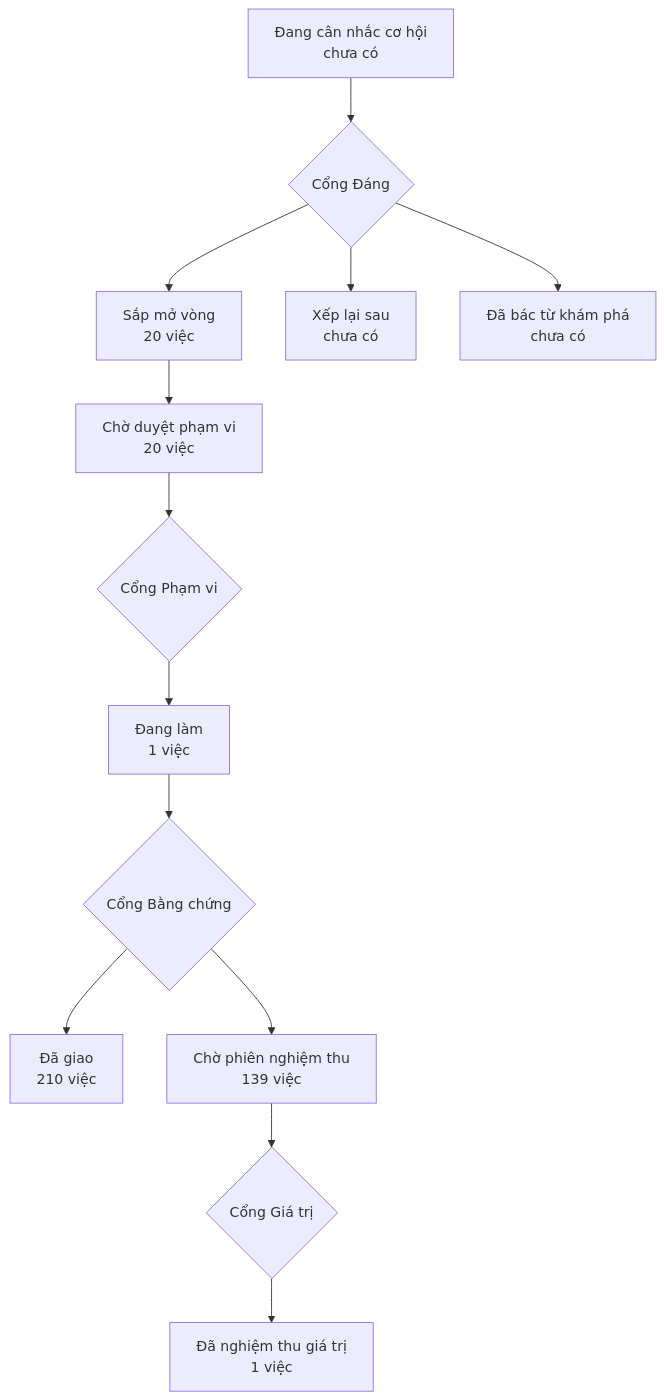
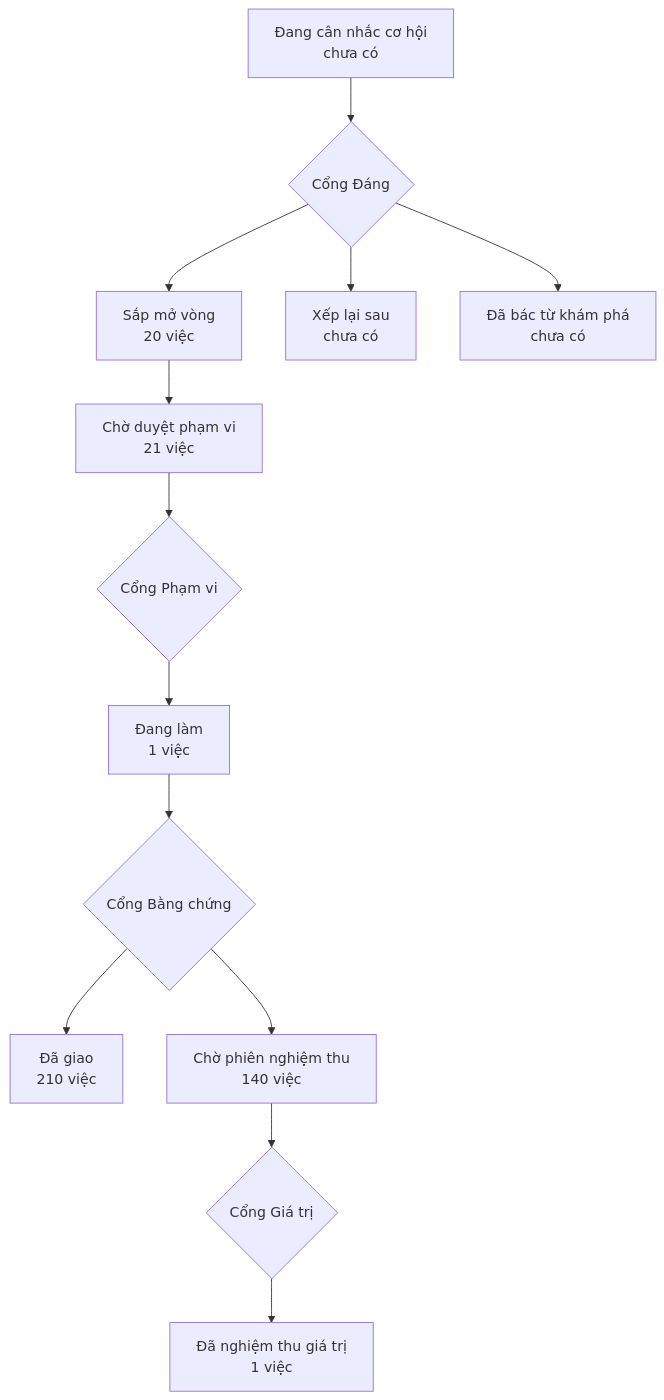
Before and after one commit to phanlemanh/onehub-invest: the diagram in PRODUCT-MAP.md, drawn with Mermaid. The commit also changed other lines of this file and 1 other file, not shown here.

Commit message:
chore: vẽ lại tệp sinh sau khi nhận main db971b8c5

````diff
--- a/PRODUCT-MAP.md
+++ b/PRODUCT-MAP.md
@@ -7,12 +7,12 @@
 ```mermaid
 flowchart TD
   A["Đang cân nhắc cơ hội<br/>chưa có"] --> GD{"Cổng Đáng"}
   GD --> B["Sắp mở vòng<br/>20 việc"]
   GD --> XL["Xếp lại sau<br/>chưa có"]
   GD --> DB["Đã bác từ khám phá<br/>chưa có"]
-  B --> CD["Chờ duyệt phạm vi<br/>20 việc"] --> GP{"Cổng Phạm vi"}
+  B --> CD["Chờ duyệt phạm vi<br/>21 việc"] --> GP{"Cổng Phạm vi"}
   GP --> DL["Đang làm<br/>1 việc"] --> GB{"Cổng Bằng chứng"}
   GB --> DG["Đã giao<br/>210 việc"]
-  GB --> CN["Chờ phiên nghiệm thu<br/>139 việc"] --> GG{"Cổng Giá trị"}
+  GB --> CN["Chờ phiên nghiệm thu<br/>140 việc"] --> GG{"Cổng Giá trị"}
   GG --> NT["Đã nghiệm thu giá trị<br/>1 việc"]
 ```
````
